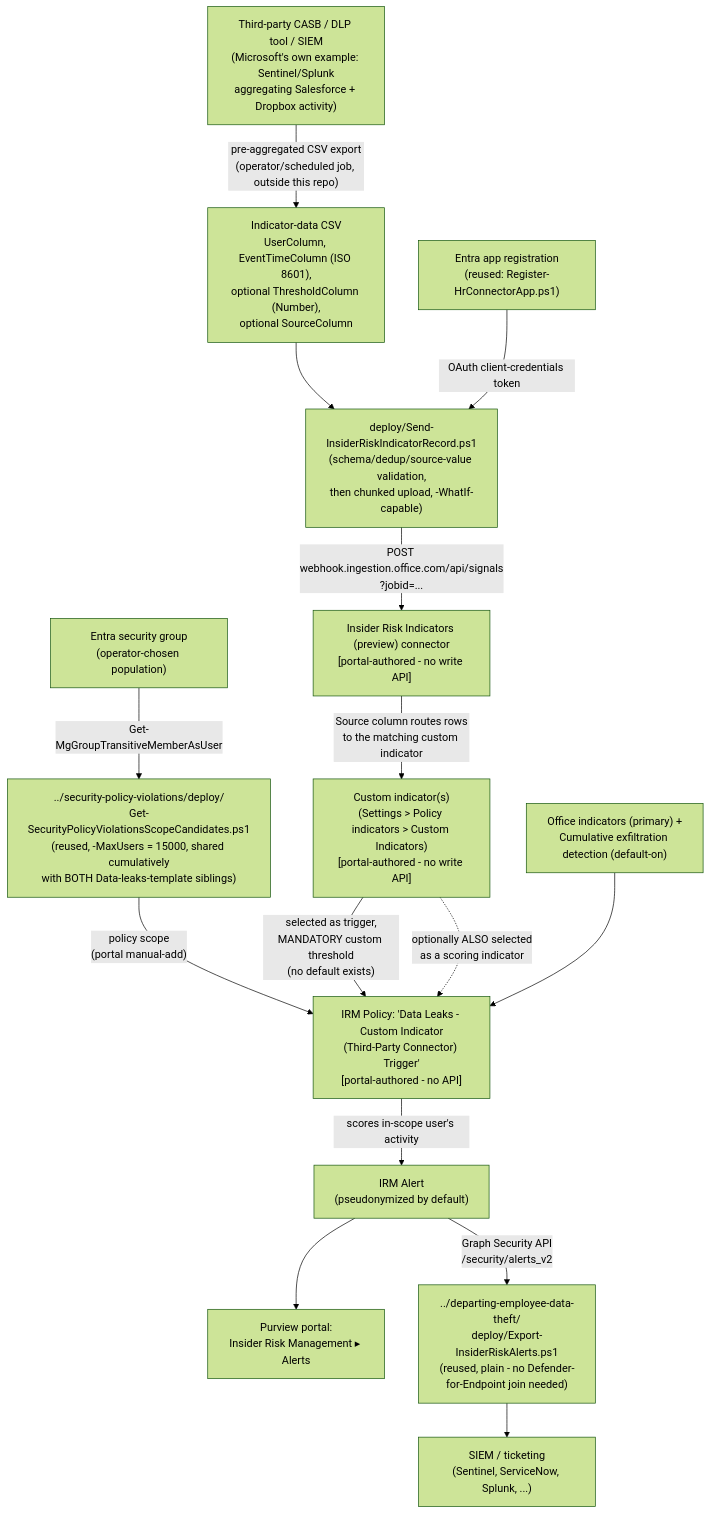
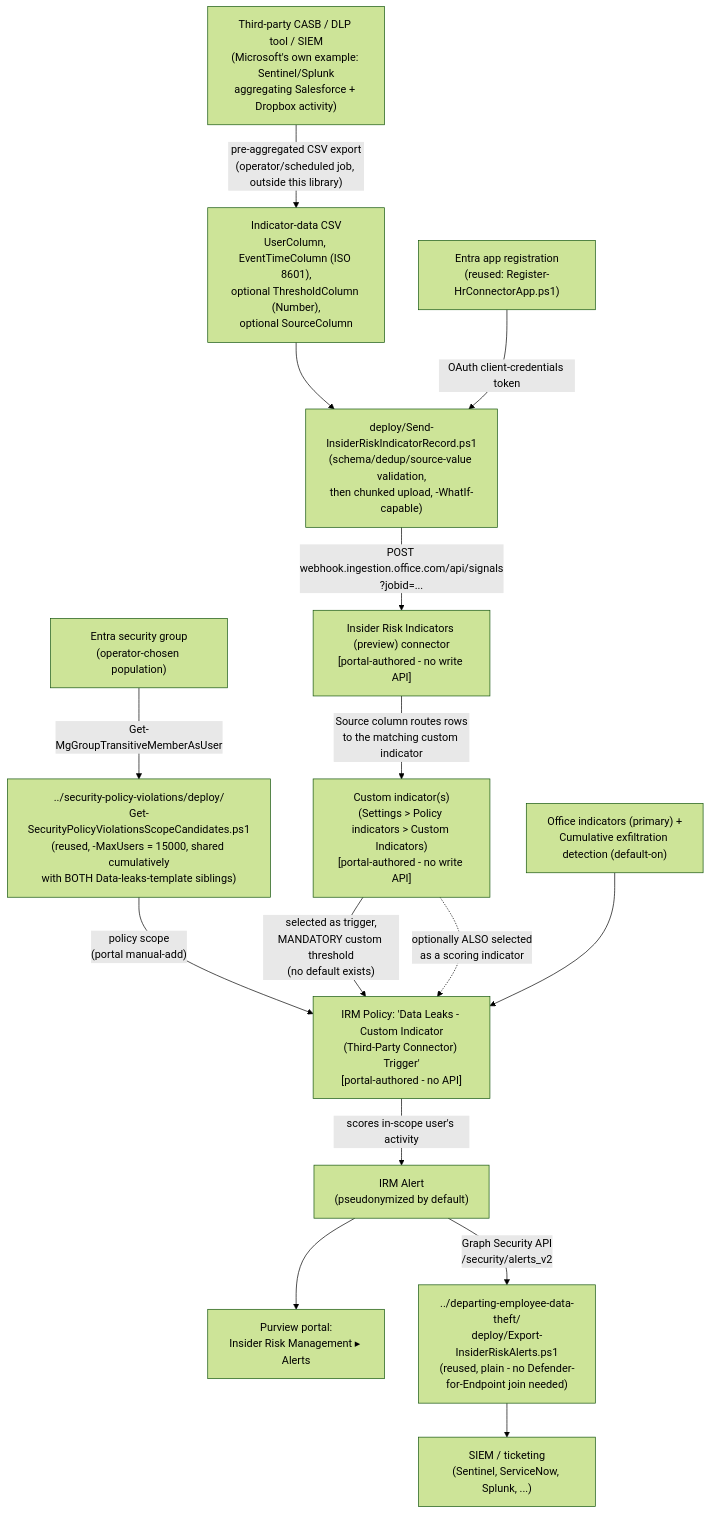
The diagram in src/content/scenarios/insider-risk/data-leaks-custom-indicator-trigger.md (kpsec1/kpsec1.github.io), drawn with Mermaid (forest theme) before and after one commit. The commit also changed 269 other files, not shown here.

````diff
--- a/src/content/scenarios/insider-risk/data-leaks-custom-indicator-trigger.md
+++ b/src/content/scenarios/insider-risk/data-leaks-custom-indicator-trigger.md
@@ -55,17 +55,17 @@
 ```mermaid
 flowchart TD
-    ThirdParty["Third-party CASB / DLP tool / SIEM\n(Microsoft's own example: Sentinel/Splunk\naggregating Salesforce + Dropbox activity)"] -->|"pre-aggregated CSV export\n(operator/scheduled job, outside this repo)"| CSV["Indicator-data CSV\nUserColumn, EventTimeColumn (ISO 8601),\noptional ThresholdColumn (Number),\noptional SourceColumn"]
+    ThirdParty["Third-party CASB / DLP tool / SIEM\n(Microsoft's own example: Sentinel/Splunk\naggregating Salesforce + Dropbox activity)"] -->|"pre-aggregated CSV export\n(operator/scheduled job, outside this library)"| CSV["Indicator-data CSV\nUserColumn, EventTimeColumn (ISO 8601),\noptional ThresholdColumn (Number),\noptional SourceColumn"]
     CSV --> Script["deploy/Send-InsiderRiskIndicatorRecord.ps1\n(schema/dedup/source-value validation,\nthen chunked upload, -WhatIf-capable)"]
     App["Entra app registration\n(reused: Register-HrConnectorApp.ps1)"] -->|"OAuth client-credentials token"| Script
     Script -->|"POST webhook.ingestion.office.com/api/signals\n?jobid=..."| Connector["Insider Risk Indicators (preview) connector\n[portal-authored - no write API]"]
     Connector -->|"Source column routes rows\nto the matching custom indicator"| CustomInd["Custom indicator(s)\n(Settings > Policy indicators > Custom Indicators)\n[portal-authored - no write API]"]
     Group["Entra security group\n(operator-chosen population)"] -->|"Get-MgGroupTransitiveMemberAsUser"| ScopeScript["../security-policy-violations/deploy/\nGet-SecurityPolicyViolationsScopeCandidates.ps1\n(reused, -MaxUsers = 15000, shared cumulatively\nwith BOTH Data-leaks-template siblings)"]
     ScopeScript -->|"policy scope\n(portal manual-add)"| Policy["IRM Policy: 'Data Leaks - Custom Indicator\n(Third-Party Connector) Trigger'\n[portal-authored - no API]"]
     CustomInd -->|"selected as trigger,\nMANDATORY custom threshold\n(no default exists)"| Policy
     CustomInd -.->|"optionally ALSO selected\nas a scoring indicator"| Policy
     ScoringIndicators["Office indicators (primary) +\nCumulative exfiltration detection (default-on)"] --> Policy
     Policy -->|"scores in-scope user's activity"| Alert["IRM Alert\n(pseudonymized by default)"]
     Alert --> Dashboard["Purview portal:\nInsider Risk Management ▸ Alerts"]
     Alert -->|"Graph Security API\n/security/alerts_v2"| Export["../departing-employee-data-theft/\ndeploy/Export-InsiderRiskAlerts.ps1\n(reused, plain - no Defender-for-Endpoint join needed)"]
     Export --> SIEM["SIEM / ticketing\n(Sentinel, ServiceNow, Splunk, ...)"]
 ```
````
